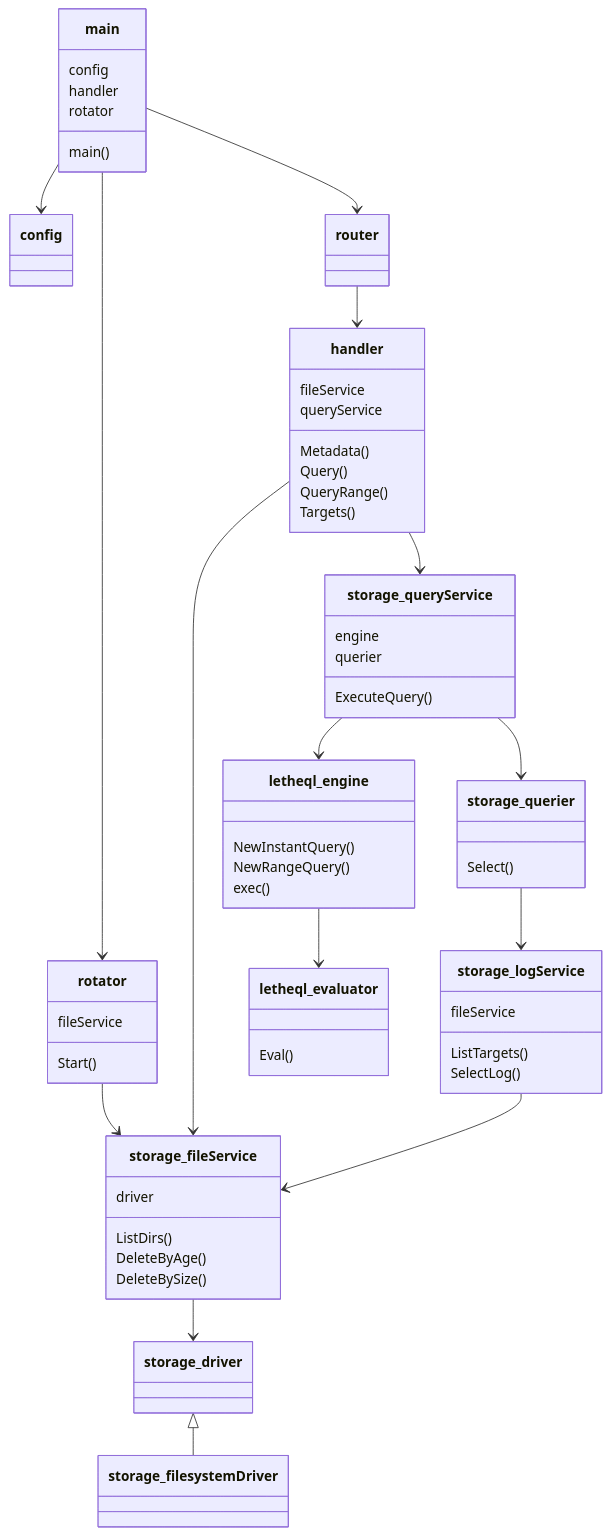
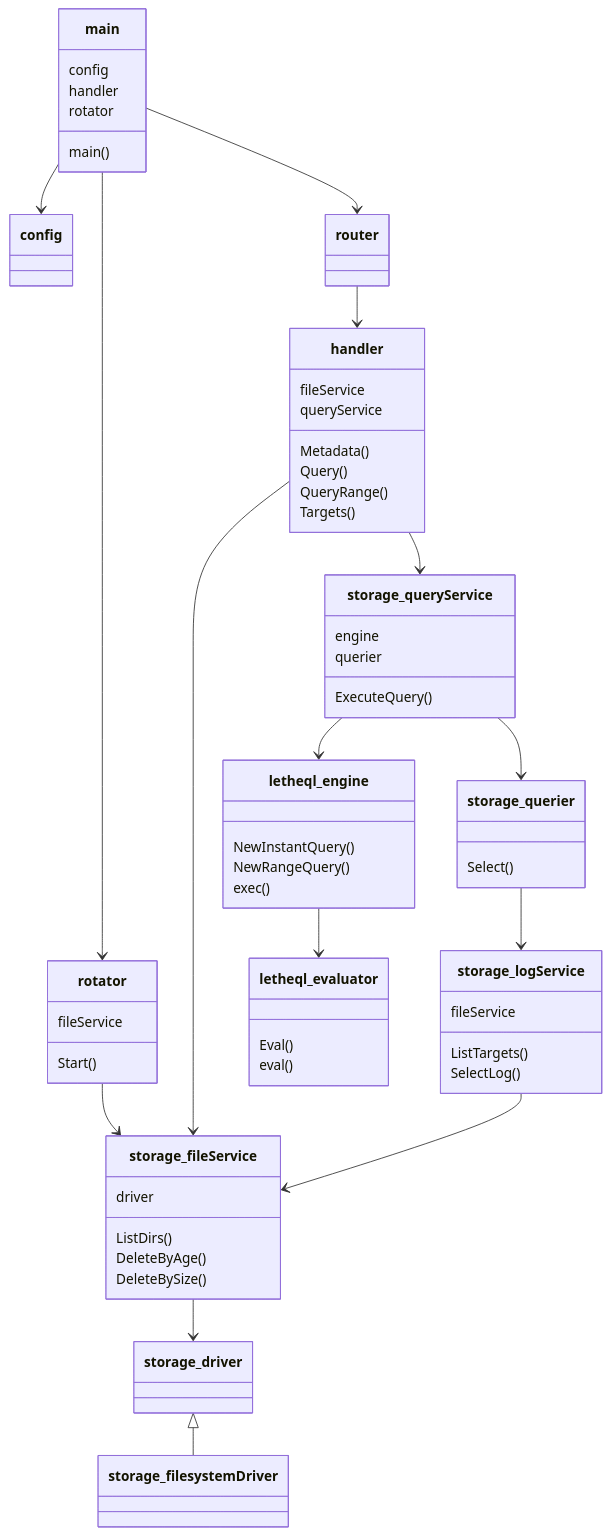
One commit to kuoss/lethe changed the diagram in docs/diagram.md. Above: the diagram before and after it, drawn with Mermaid.

````diff
--- a/docs/diagram.md
+++ b/docs/diagram.md
@@ -1,80 +1,81 @@
 ```mermaid
 classDiagram
 
 main --> config
 main --> router
 main --> rotator
 
 router --> handler
 
 rotator --> storage_fileService
 
 handler --> storage_fileService
 handler --> storage_queryService
 
 storage_querier --> storage_logService
 
 storage_queryService --> storage_querier
 storage_queryService --> letheql_engine
 storage_logService --> storage_fileService
 storage_fileService --> storage_driver
 
 letheql_engine --> letheql_evaluator
 
 storage_driver <|-- storage_filesystemDriver
 
 class main {
     config
     handler
     rotator
     main()
 }
 
 class rotator {
     fileService
     Start()
 }
 
 class handler {
     fileService
     queryService
     Metadata()
     Query()
     QueryRange()
     Targets()
 }
 
 class storage_querier {
     Select()
 }
 
 class storage_queryService {
     engine
     querier
     ExecuteQuery()
 }
 
 class storage_logService {
     fileService
     ListTargets()
     SelectLog()
 }
 
 class storage_fileService {
     driver
     ListDirs()
     DeleteByAge()
     DeleteBySize()
 }
 
 
 class letheql_engine {
     NewInstantQuery()
     NewRangeQuery()
     exec()
 }
 
 class letheql_evaluator {
     Eval()
+    eval()
 }
 ```
````
